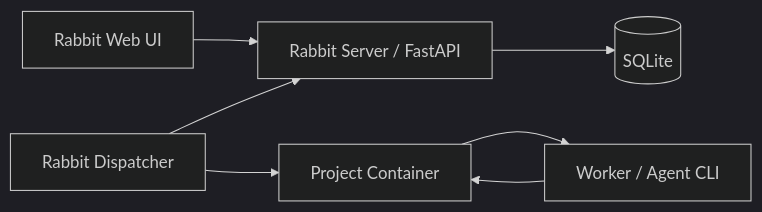
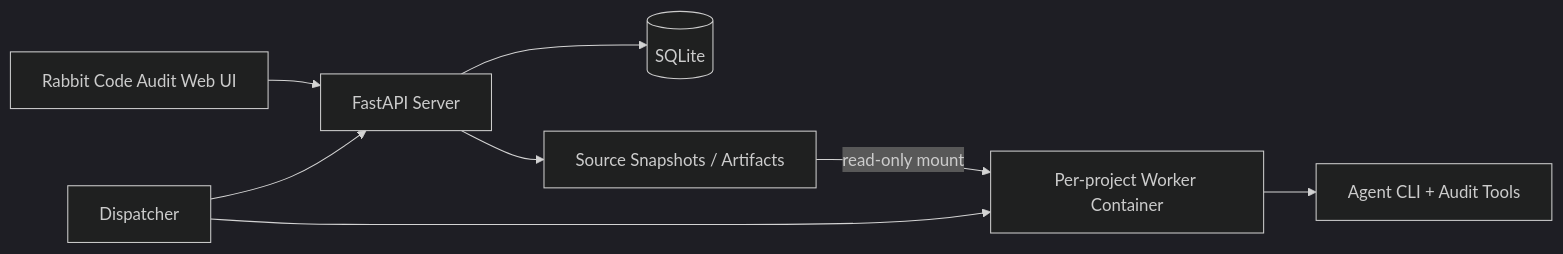
One commit to Rabbit0007/Rabbit-Code-Audit changed the diagram in README.md. Above: the diagram before and after it, drawn with Mermaid (dark theme). The commit also changed other lines of this file and 59 other files, not shown here.

````diff
--- a/README.md
+++ b/README.md
@@ -44,9 +36,10 @@
 ```mermaid
 flowchart LR
-    UI["Rabbit Web UI"] --> Server["Rabbit Server / FastAPI"]
+    UI["Rabbit Code Audit Web UI"] --> Server["FastAPI Server"]
     Server --> DB[("SQLite")]
-    Dispatcher["Rabbit Dispatcher"] --> Server
-    Dispatcher --> Container["Project Container"]
-    Container --> Worker["Worker / Agent CLI"]
-    Worker --> Container
+    Server --> Data["Source Snapshots / Artifacts"]
+    Dispatcher["Dispatcher"] --> Server
+    Dispatcher --> Container["Per-project Worker Container"]
+    Data -->|"read-only mount"| Container
+    Container --> Worker["Agent CLI + Audit Tools"]
 ```
````
